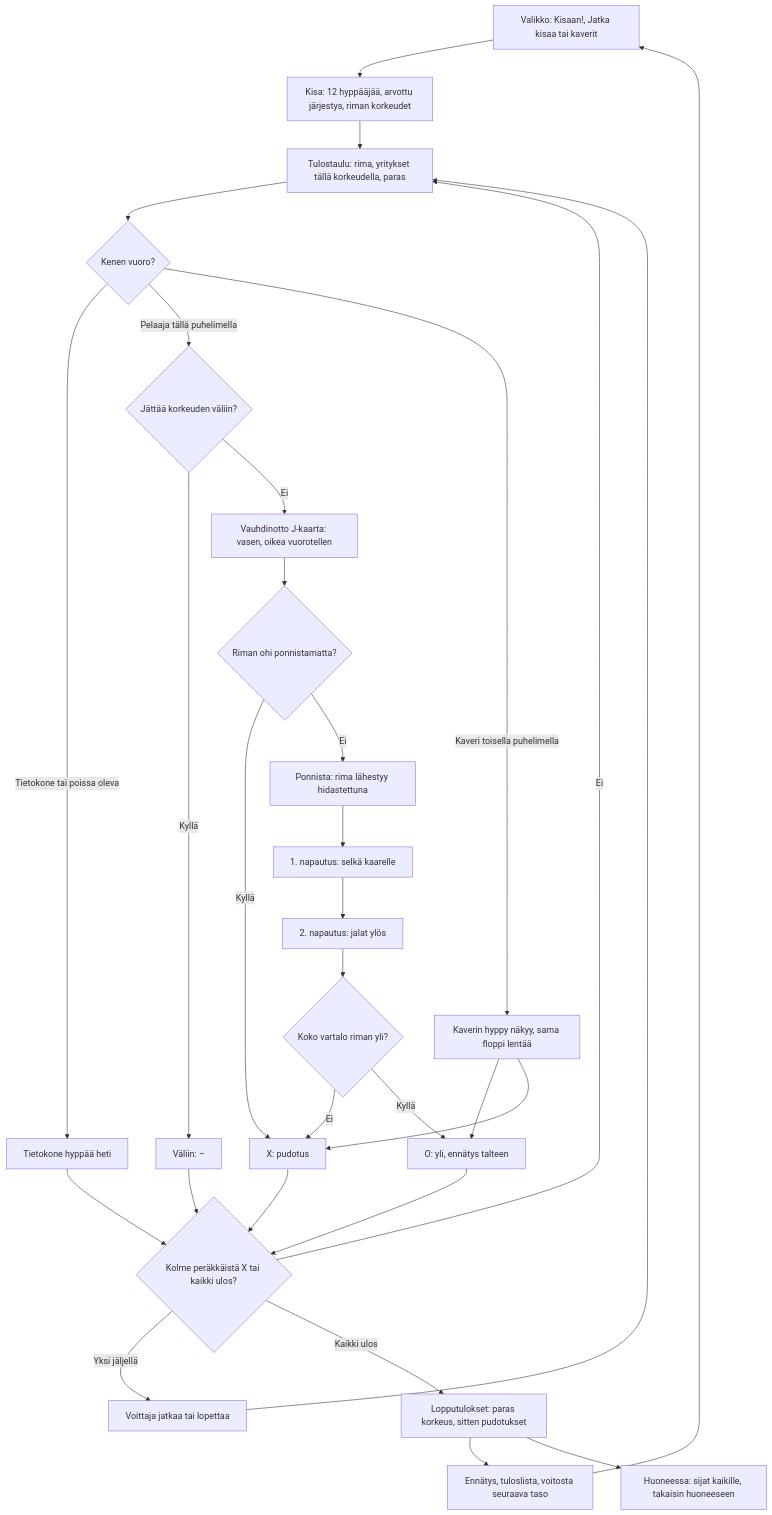
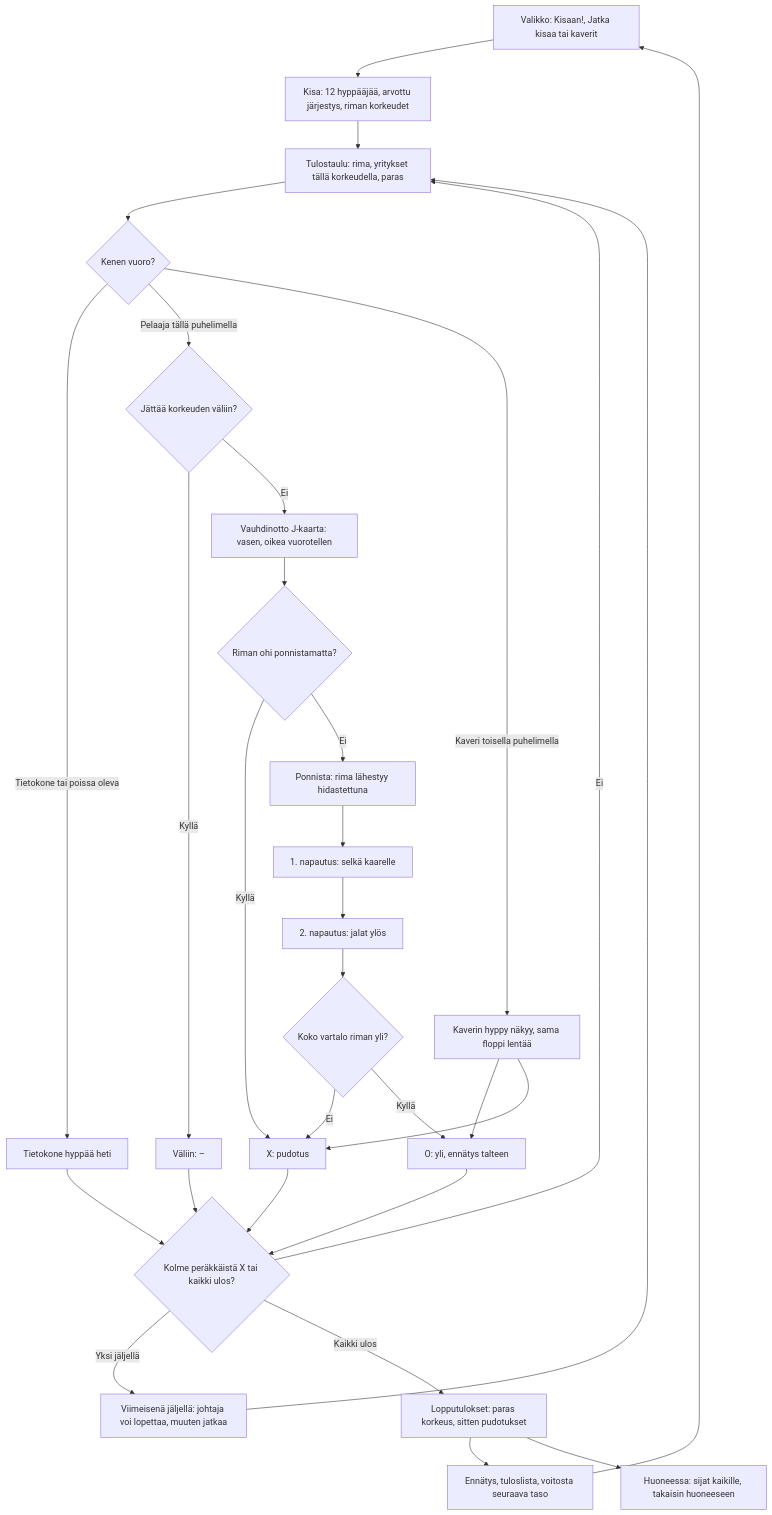
Before and after one commit to eerovil/ai-pelit: the diagram in docs/diagrams/korkeushyppy.md, drawn with Mermaid. The commit also changed other lines of this file and 2 other files, not shown here.

Commit message:
Korkeushyppy v1: only a leading last jumper has won and may stop (#153)
Review finding: the last one in was told "Voitit!" and offered Lopeta
whenever everyone else was out, even when behind on countback or after
passing a height the rival cleared, so stopping ended the meet second.
soleWinner() now also needs a cleared height and first place; otherwise
the turn says "Viimeisenä jäljellä" and offers only the pass. A test
plays that case; the diagram node and the balance figures follow.

````diff
--- a/docs/diagrams/korkeushyppy.md
+++ b/docs/diagrams/korkeushyppy.md
@@ -11,38 +11,38 @@
 ```mermaid
 flowchart TD
   M[Valikko: Kisaan!, Jatka kisaa tai kaverit] --> K[Kisa: 12 hyppääjää, arvottu järjestys, riman korkeudet]
   K --> T[Tulostaulu: rima, yritykset tällä korkeudella, paras]
   T --> Q{Kenen vuoro?}
   Q -- Tietokone tai poissa oleva --> CPU[Tietokone hyppää heti]
   CPU --> NX
   Q -- Pelaaja tällä puhelimella --> PS{Jättää korkeuden väliin?}
   Q -- Kaveri toisella puhelimella --> WT[Kaverin hyppy näkyy, sama floppi lentää]
   PS -- Kyllä --> P[Väliin: –]
   PS -- Ei --> R[Vauhdinotto J-kaarta: vasen, oikea vuorotellen]
   R --> RP{Riman ohi ponnistamatta?}
   RP -- Kyllä --> X[X: pudotus]
   RP -- Ei --> J[Ponnista: rima lähestyy hidastettuna]
   J --> A[1. napautus: selkä kaarelle]
   A --> L[2. napautus: jalat ylös]
   L --> C{Koko vartalo riman yli?}
   C -- Ei --> X
   C -- Kyllä --> O[O: yli, ennätys talteen]
   WT --> O
   WT --> X
   O --> NX{Kolme peräkkäistä X tai kaikki ulos?}
   X --> NX
   P --> NX
   NX -- Ei --> T
-  NX -- Yksi jäljellä --> GO[Voittaja jatkaa tai lopettaa]
+  NX -- Yksi jäljellä --> GO[Viimeisenä jäljellä: johtaja voi lopettaa, muuten jatkaa]
   GO --> T
   NX -- Kaikki ulos --> END[Lopputulokset: paras korkeus, sitten pudotukset]
   END --> S[Ennätys, tuloslista, voitosta seuraava taso]
   S --> M
   END --> RM[Huoneessa: sijat kaikille, takaisin huoneeseen]
   class M,R,J,A,L,T blue
   class CPU,WT violet
   class Q,PS,RP,C,NX amber
   class K,O,P,GO teal
   class X rose
   class END,S,RM green
 ```
````
